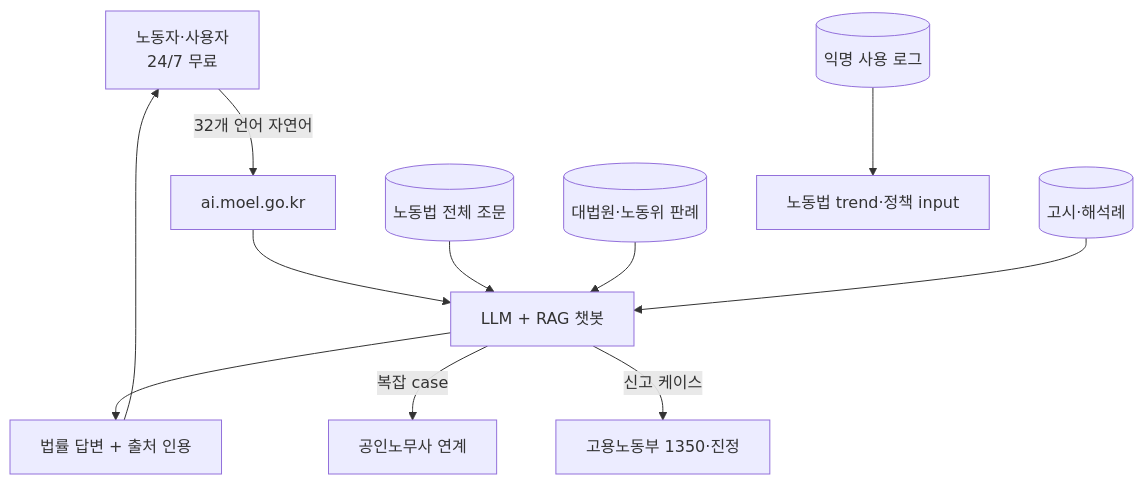
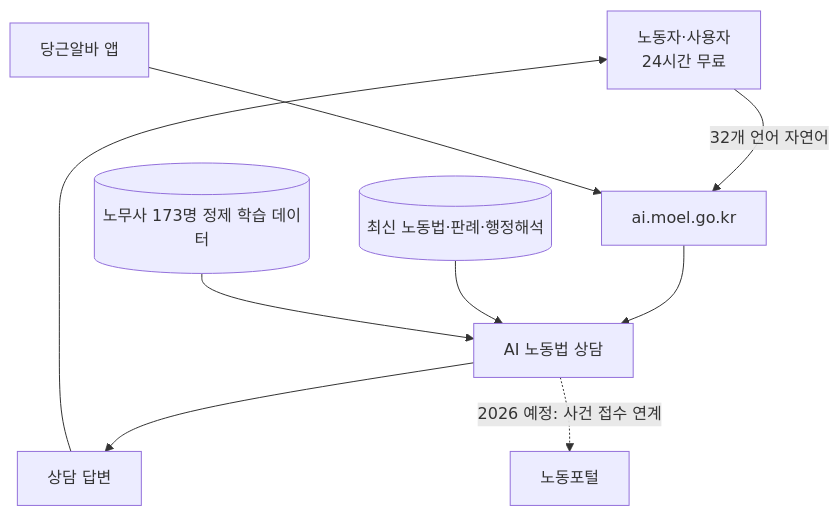
Before and after one commit to jameskim1st/hr-ai-benchmark: the diagram in wiki/usecases/moel-ai-labor-law-consultation.md, drawn with Mermaid. The commit also changed other lines of this file and 222 other files, not shown here.

````diff
--- a/wiki/usecases/moel-ai-labor-law-consultation.md
+++ b/wiki/usecases/moel-ai-labor-law-consultation.md
@@ -108,13 +110,11 @@
 ```mermaid
 flowchart TB
-    User[노동자·사용자<br/>24/7 무료] -->|32개 언어 자연어| Portal[ai.moel.go.kr]
-    Portal --> AI[LLM + RAG 챗봇]
-    Law[(노동법 전체 조문)] --> AI
-    Case[(대법원·노동위 판례)] --> AI
-    Notice[(고시·해석례)] --> AI
-    AI --> Answer[법률 답변 + 출처 인용]
+    User[노동자·사용자<br/>24시간 무료] -->|32개 언어 자연어| Portal[ai.moel.go.kr]
+    Danggeun[당근알바 앱] --> Portal
+    Portal --> AI[AI 노동법 상담]
+    Law[(최신 노동법·판례·행정해석)] --> AI
+    Train[(노무사 173명 정제 학습 데이터)] --> AI
+    AI --> Answer[상담 답변]
     Answer --> User
-    AI -->|복잡 case| Refer[공인노무사 연계]
-    AI -->|신고 케이스| MOEL[고용노동부 1350·진정]
-    Logs[(익명 사용 로그)] --> Trend[노동법 trend·정책 input]
+    AI -.->|"2026 예정: 사건 접수 연계"| MOEL[노동포털]
 ```
````
